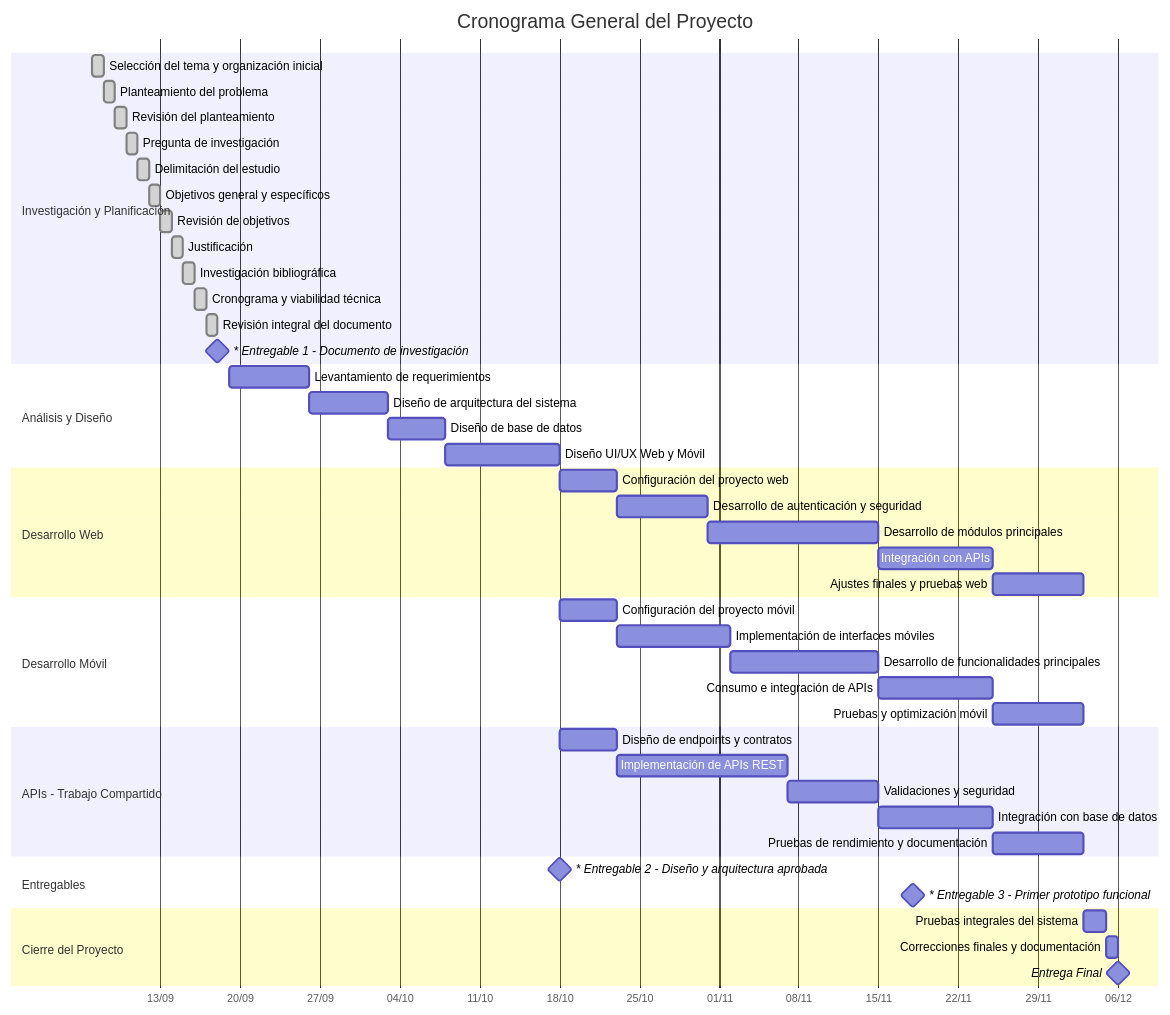
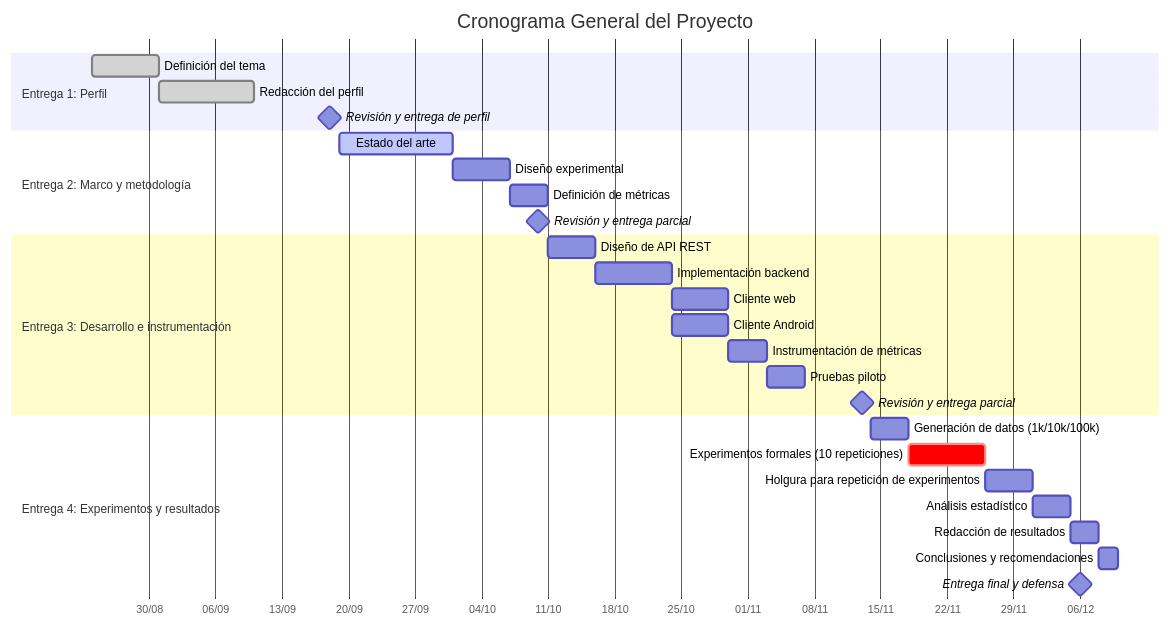
The diagram in docs/secciones/06-cronograma.md (renev2704/investigacion-web-vs-android-api), drawn with Mermaid before and after one commit.

Commit message:
docs/perfil-cronograma

````diff
--- a/docs/secciones/06-cronograma.md
+++ b/docs/secciones/06-cronograma.md
@@ -9,56 +9,35 @@
 ```mermaid
 gantt
     title Cronograma General del Proyecto
     dateFormat YYYY-MM-DD
     axisFormat %d/%m
 
-    section Investigación y Planificación
-    Selección del tema y organización inicial :done, a1, 2026-09-07, 1d
-    Planteamiento del problema :done, a2, 2026-09-08, 1d
-    Revisión del planteamiento :done, a3, 2026-09-09, 1d
-    Pregunta de investigación :done, a4, 2026-09-10, 1d
-    Delimitación del estudio :done, a5, 2026-09-11, 1d
-    Objetivos general y específicos :done, a6, 2026-09-12, 1d
-    Revisión de objetivos :done, a7, 2026-09-13, 1d
-    Justificación :done, a8, 2026-09-14, 1d
-    Investigación bibliográfica :done, a9, 2026-09-15, 1d
-    Cronograma y viabilidad técnica :done, a10, 2026-09-16, 1d
-    Revisión integral del documento :done, a11, 2026-09-17, 1d
-    * Entregable 1 - Documento de investigación :milestone, m1, 2026-09-18, 0d
+    section Entrega 1: Perfil
+Definición del tema           :done, t1, 2026-08-24, 7d
+Redacción del perfil          :done, t2, after t1, 10d
+Revisión y entrega de perfil  :milestone, m1, 2026-09-18, 0d
 
-    section Análisis y Diseño
-    Levantamiento de requerimientos :b1, 2026-09-19, 7d
-    Diseño de arquitectura del sistema :b2, 2026-09-26, 7d
-    Diseño de base de datos :b3, 2026-10-03, 5d
-    Diseño UI/UX Web y Móvil :b4, 2026-10-08, 10d
+section Entrega 2: Marco y metodología
+Estado del arte               :active, t3, 2026-09-19, 12d
+Diseño experimental           :t4, after t3, 6d
+Definición de métricas        :t5, after t4, 4d
+Revisión y entrega parcial    :milestone, m2, 2026-10-10, 0d
 
-    section Desarrollo Web
-    Configuración del proyecto web :c1, 2026-10-18, 5d
-    Desarrollo de autenticación y seguridad :c2, 2026-10-23, 8d
-    Desarrollo de módulos principales :c3, 2026-10-31, 15d
-    Integración con APIs :c4, 2026-11-15, 10d
-    Ajustes finales y pruebas web :c5, 2026-11-25, 8d
+section Entrega 3: Desarrollo e instrumentación
+Diseño de API REST            :t6, 2026-10-11, 5d
+Implementación backend        :t7, after t6, 8d
+Cliente web                   :t8, after t7, 6d
+Cliente Android               :t9, after t7, 6d
+Instrumentación de métricas   :t10, after t8, 4d
+Pruebas piloto                :t11, after t10, 4d
+Revisión y entrega parcial    :milestone, m3, 2026-11-13, 0d
 
-    section Desarrollo Móvil
-    Configuración del proyecto móvil :d1, 2026-10-18, 5d
-    Implementación de interfaces móviles :d2, 2026-10-23, 10d
-    Desarrollo de funcionalidades principales :d3, 2026-11-02, 13d
-    Consumo e integración de APIs :d4, 2026-11-15, 10d
-    Pruebas y optimización móvil :d5, 2026-11-25, 8d
-
-    section APIs - Trabajo Compartido
-    Diseño de endpoints y contratos :e1, 2026-10-18, 5d
-    Implementación de APIs REST :e2, 2026-10-23, 15d
-    Validaciones y seguridad :e3, 2026-11-07, 8d
-    Integración con base de datos :e4, 2026-11-15, 10d
-    Pruebas de rendimiento y documentación :e5, 2026-11-25, 8d
-
-    section Entregables
-    * Entregable 2 - Diseño y arquitectura aprobada :milestone, em2, 2026-10-18, 0d
-    * Entregable 3 - Primer prototipo funcional :milestone, em3, 2026-11-18, 0d
-
-    section Cierre del Proyecto
-    Pruebas integrales del sistema :f1, 2026-12-03, 2d
-    Correcciones finales y documentación :f2, 2026-12-05, 1d
-    Entrega Final :milestone, mf, 2026-12-06, 0d
+section Entrega 4: Experimentos y resultados
+Generación de datos (1k/10k/100k) :t12, 2026-11-14, 4d
+Experimentos formales (10 repeticiones) :crit, t13, after t12, 8d
+Holgura para repetición de experimentos :t14, after t13, 5d
+Análisis estadístico          :t15, after t14, 4d
+Redacción de resultados       :t16, after t15, 3d
+Conclusiones y recomendaciones:t17, after t16, 2d
+Entrega final y defensa       :milestone, m4, 2026-12-06, 0d
 ```
````
